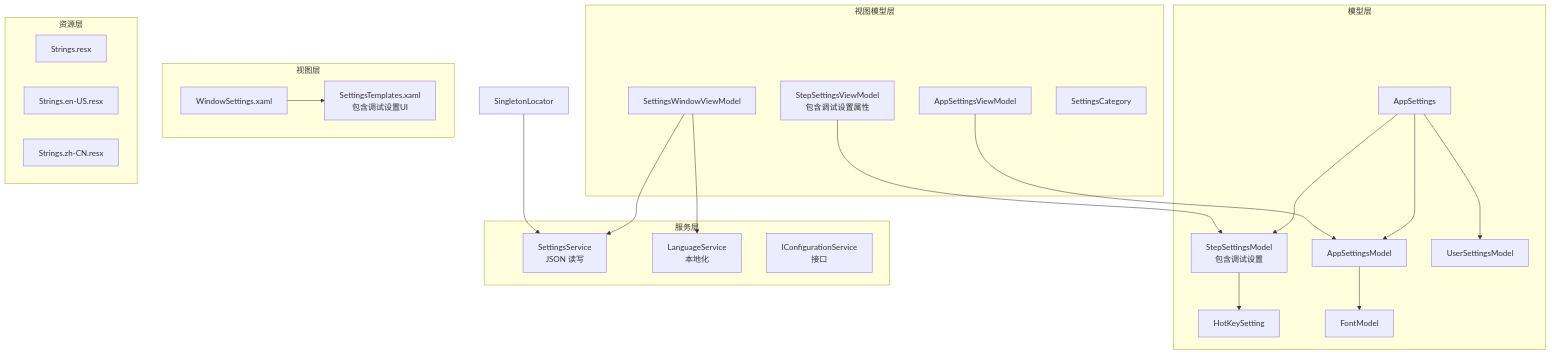
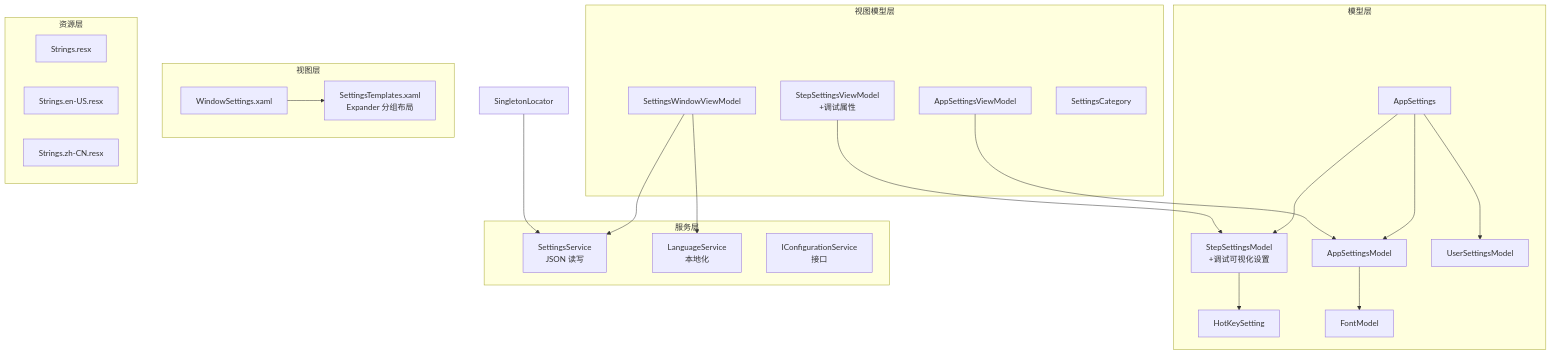
Before and after one commit to yooxii/ShaoLuAuto: the first of 8 diagrams in .qoder/repowiki/zh/content/系统设置管理.md, drawn with Mermaid. The commit also changed other lines of this file and 33 other files, not shown here.

````diff
--- a/.qoder/repowiki/zh/content/系统设置管理.md
+++ b/.qoder/repowiki/zh/content/系统设置管理.md
@@ -61,42 +58,42 @@
 ```mermaid
 graph TB
 subgraph "模型层"
 M1["AppSettings"]
 M2["AppSettingsModel"]
-M3["StepSettingsModel<br/>包含调试设置"]
+M3["StepSettingsModel<br/>+调试可视化设置"]
 M4["UserSettingsModel"]
 M5["HotKeySetting"]
 M6["FontModel"]
 end
 subgraph "服务层"
 S1["SettingsService<br/>JSON 读写"]
 S2["LanguageService<br/>本地化"]
 S3["IConfigurationService<br/>接口"]
 end
 subgraph "视图模型层"
 V1["SettingsWindowViewModel"]
 V2["AppSettingsViewModel"]
-V3["StepSettingsViewModel<br/>包含调试设置属性"]
+V3["StepSettingsViewModel<br/>+调试属性"]
 V4["SettingsCategory"]
 end
 subgraph "视图层"
 W1["WindowSettings.xaml"]
-T1["SettingsTemplates.xaml<br/>包含调试设置UI"]
+T1["SettingsTemplates.xaml<br/>Expander 分组布局"]
 end
 subgraph "资源层"
 R1["Strings.resx"]
 R2["Strings.en-US.resx"]
 R3["Strings.zh-CN.resx"]
 end
 U1["SingletonLocator"] --> S1
 V1 --> S1
 V1 --> S2
 W1 --> T1
 V2 --> M2
 V3 --> M3
 M1 --> M2
 M1 --> M3
 M1 --> M4
 M2 --> M6
 M3 --> M5
 ```
````
